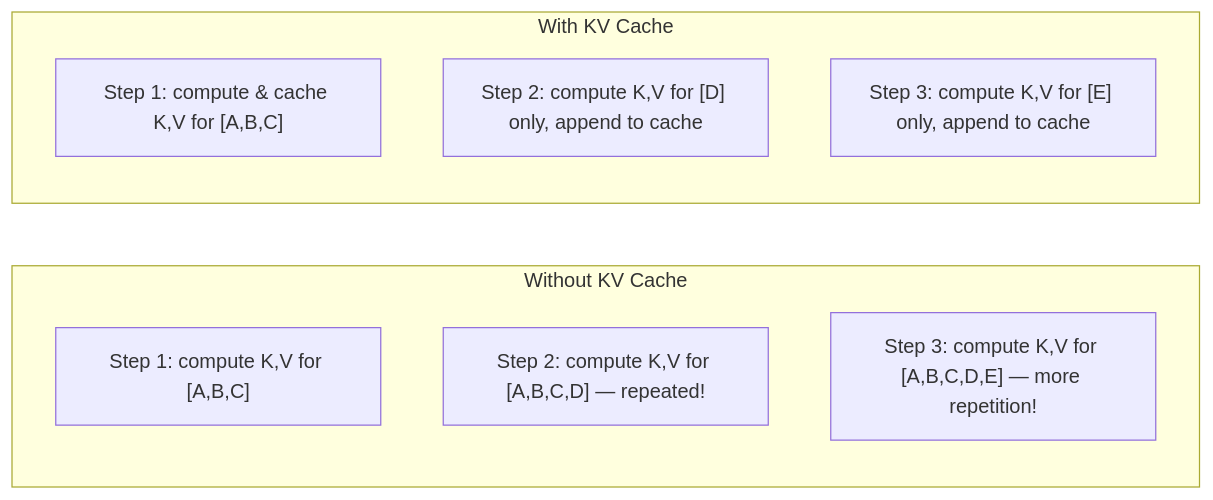
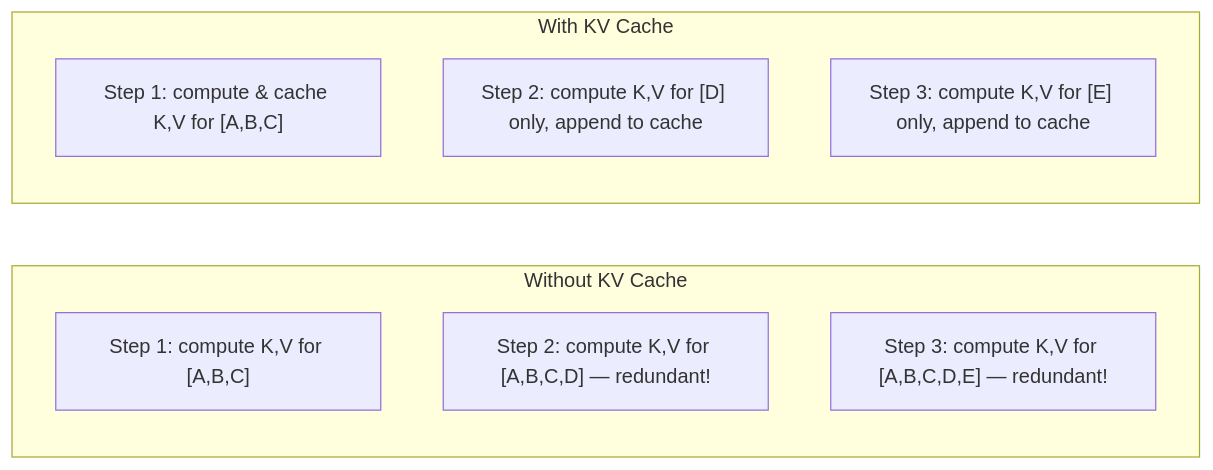
Before and after one commit to yingwang/thinking-in-llm: the fourth of 5 diagrams in en/chapters/02-attention.md, drawn with Mermaid. The commit also changed other lines of this file and 31 other files, not shown here.

````diff
--- a/en/chapters/02-attention.md
+++ b/en/chapters/02-attention.md
@@ -410,14 +410,14 @@
 ```mermaid
 graph LR
     subgraph "Without KV Cache"
         A1["Step 1: compute K,V for [A,B,C]"]
-        A2["Step 2: compute K,V for [A,B,C,D] — repeated!"]
-        A3["Step 3: compute K,V for [A,B,C,D,E] — more repetition!"]
+        A2["Step 2: compute K,V for [A,B,C,D] — redundant!"]
+        A3["Step 3: compute K,V for [A,B,C,D,E] — redundant!"]
     end
 
     subgraph "With KV Cache"
         B1["Step 1: compute & cache K,V for [A,B,C]"]
         B2["Step 2: compute K,V for [D] only, append to cache"]
         B3["Step 3: compute K,V for [E] only, append to cache"]
     end
 ```
````
